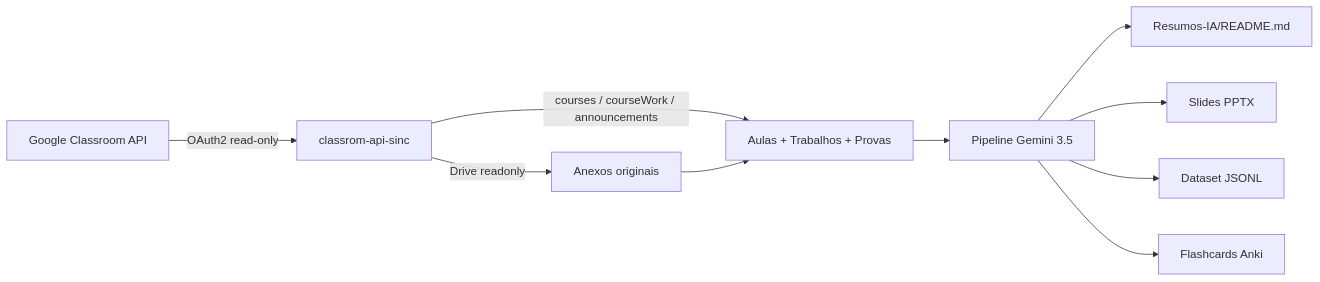
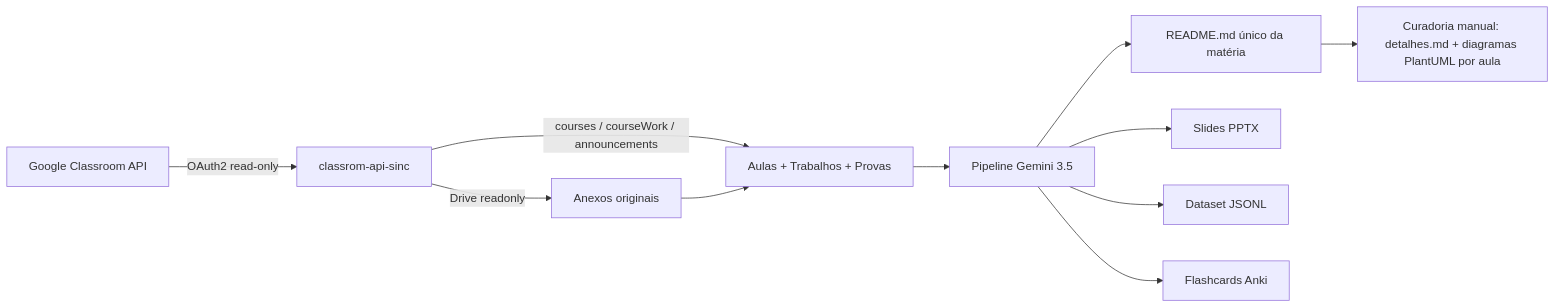
The second of 2 diagrams in README.md (murilolol/unifef), drawn with Mermaid before and after one commit. The commit also changed other lines of this file, not shown here.

First line of the commit message:
docs: atualiza README raiz com a nova estrutura por aula e PlantUML

````diff
--- a/README.md
+++ b/README.md
@@ -108,12 +124,13 @@
 ```mermaid
 graph LR
     GC["Google Classroom API"] -- "OAuth2 read-only" --> Sync["classrom-api-sinc"]
     Sync -- "courses / courseWork / announcements" --> Local["Aulas + Trabalhos + Provas"]
     Sync -- "Drive readonly" --> Files["Anexos originais"]
     Files --> Local
     Local --> AI["Pipeline Gemini 3.5"]
-    AI --> Resumo["Resumos-IA/README.md"]
+    AI --> Resumo["README.md único da matéria"]
     AI --> PPTX["Slides PPTX"]
     AI --> JSONL["Dataset JSONL"]
     AI --> Anki["Flashcards Anki"]
+    Resumo --> Curadoria["Curadoria manual: detalhes.md + diagramas PlantUML por aula"]
 ```
````
